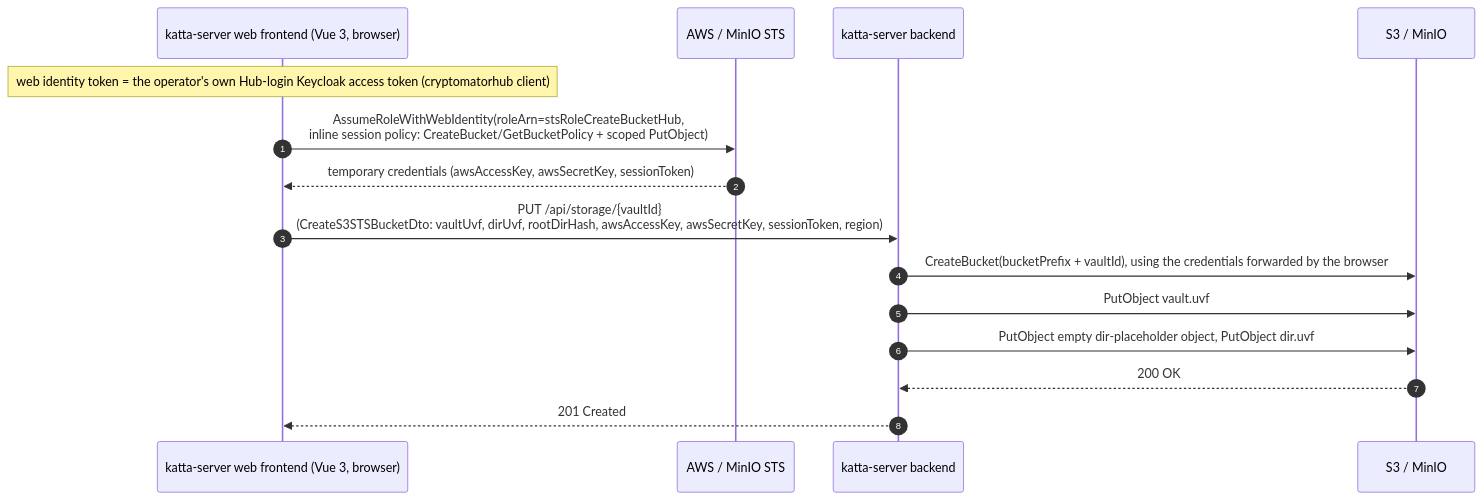
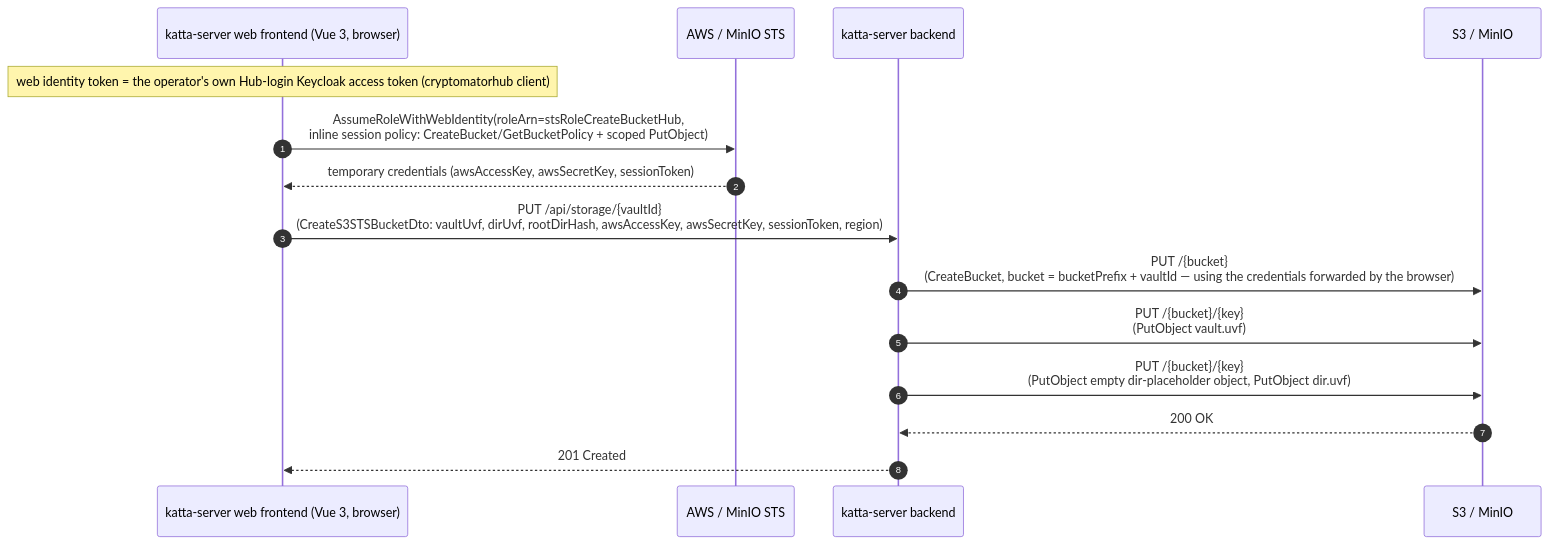
The third of 6 diagrams in docs/s3_interactions.md (shift7-ch/katta-clientlib), drawn with Mermaid before and after one commit. The commit also changed other lines of this file, not shown here.

First line of the commit message:
Add HTTP verb + REST endpoint labels to s3_interactions.md diagrams

````diff
--- a/docs/s3_interactions.md
+++ b/docs/s3_interactions.md
@@ -104,17 +104,17 @@
 ```mermaid
 sequenceDiagram
     autonumber
     participant Web as katta-server web frontend (Vue 3, browser)
     participant STS as AWS / MinIO STS
     participant HubBackend as katta-server backend
     participant S3 as S3 / MinIO
     Note over Web: web identity token = the operator's own Hub-login Keycloak access token (cryptomatorhub client)
     Web ->> STS: AssumeRoleWithWebIdentity(roleArn=stsRoleCreateBucketHub,<br/>inline session policy: CreateBucket/GetBucketPolicy + scoped PutObject)
     STS -->> Web: temporary credentials (awsAccessKey, awsSecretKey, sessionToken)
     Web ->> HubBackend: PUT /api/storage/{vaultId}<br/>(CreateS3STSBucketDto: vaultUvf, dirUvf, rootDirHash, awsAccessKey, awsSecretKey, sessionToken, region)
-    HubBackend ->> S3: CreateBucket(bucketPrefix + vaultId), using the credentials forwarded by the browser
-    HubBackend ->> S3: PutObject vault.uvf
-    HubBackend ->> S3: PutObject empty dir-placeholder object, PutObject dir.uvf
+    HubBackend ->> S3: PUT /{bucket}<br/>(CreateBucket, bucket = bucketPrefix + vaultId — using the credentials forwarded by the browser)
+    HubBackend ->> S3: PUT /{bucket}/{key}<br/>(PutObject vault.uvf)
+    HubBackend ->> S3: PUT /{bucket}/{key}<br/>(PutObject empty dir-placeholder object, PutObject dir.uvf)
     S3 -->> HubBackend: 200 OK
     HubBackend -->> Web: 201 Created
 ```
````
